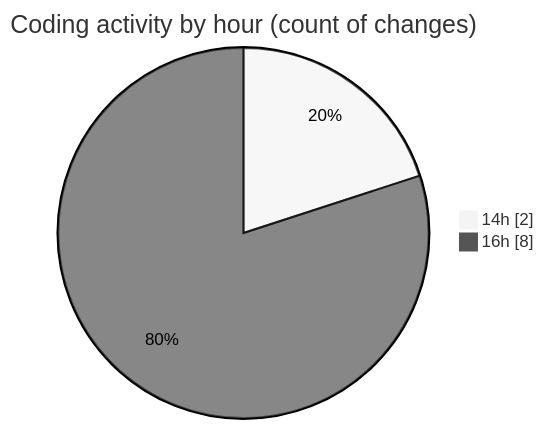
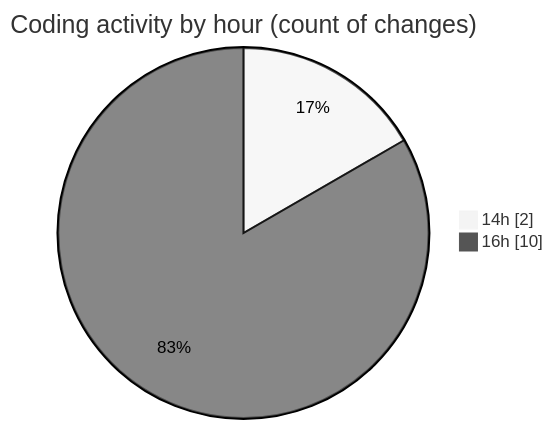
One commit to igalym/code-tracking changed the second of 2 diagrams in 2026-01-05/budget_front_nest/README.md. Above: the diagram before and after it, drawn with Mermaid (neutral theme). The commit also changed other lines of this file and 1 other file, not shown here.

````diff
--- a/2026-01-05/budget_front_nest/README.md
+++ b/2026-01-05/budget_front_nest/README.md
@@ -34,6 +34,6 @@
 ```mermaid
 pie showData
 title Coding activity by hour (count of changes)
 "14h" : 2
-"16h" : 8
+"16h" : 10
 ```
````
